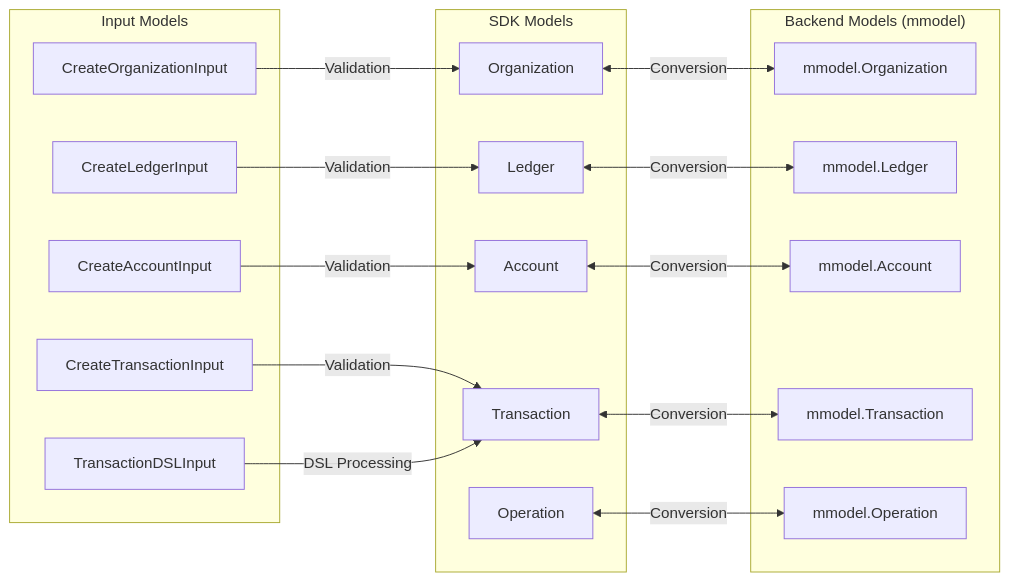
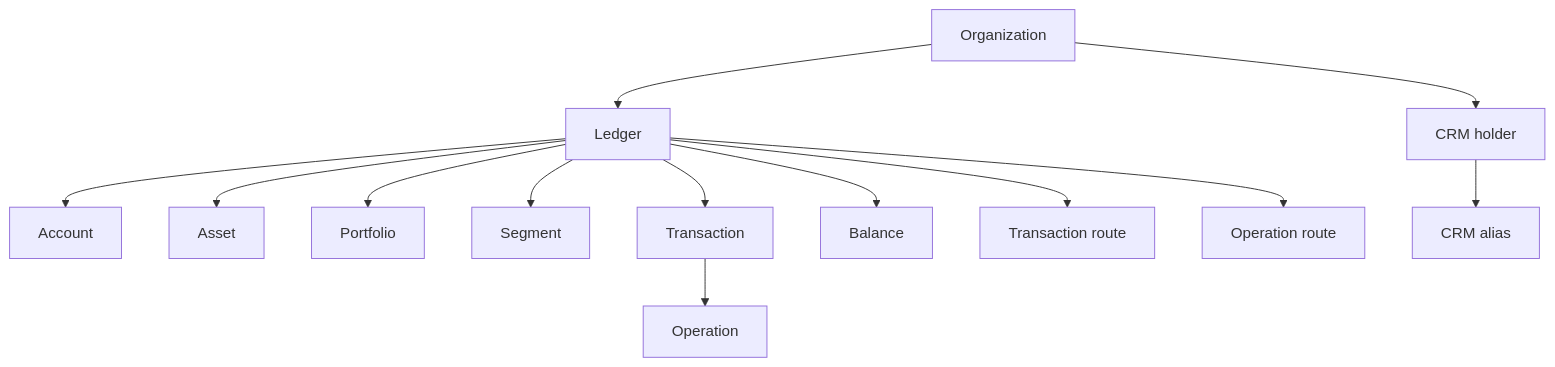
One commit to LerianStudio/midaz-sdk-golang changed the second of 3 diagrams in docs/comprehensive-architecture.md. Above: the diagram before and after it, drawn with Mermaid. The commit also changed other lines of this file and 25 other files, not shown here.

````diff
--- a/docs/comprehensive-architecture.md
+++ b/docs/comprehensive-architecture.md
@@ -420,38 +251,15 @@
 ```mermaid
-graph LR
-    subgraph "Input Models"
-        CREATE_ORG[CreateOrganizationInput]
-        CREATE_LEDGER[CreateLedgerInput]
-        CREATE_ACCOUNT[CreateAccountInput]
-        CREATE_TRANSACTION[CreateTransactionInput]
-        TRANSACTION_DSL[TransactionDSLInput]
-    end
-
-    subgraph "SDK Models"
-        ORG[Organization]
-        LEDGER[Ledger]
-        ACCOUNT[Account]
-        TRANSACTION[Transaction]
-        OPERATION[Operation]
-    end
-
-    subgraph "Backend Models (mmodel)"
-        MORG[mmodel.Organization]
-        MLEDGER[mmodel.Ledger]
-        MACCOUNT[mmodel.Account]
-        MTRANSACTION[mmodel.Transaction]
-        MOPERATION[mmodel.Operation]
-    end
-
-    CREATE_ORG -->|Validation| ORG
-    CREATE_LEDGER -->|Validation| LEDGER
-    CREATE_ACCOUNT -->|Validation| ACCOUNT
-    CREATE_TRANSACTION -->|Validation| TRANSACTION
-    TRANSACTION_DSL -->|DSL Processing| TRANSACTION
-
-    ORG <-->|Conversion| MORG
-    LEDGER <-->|Conversion| MLEDGER
-    ACCOUNT <-->|Conversion| MACCOUNT
-    TRANSACTION <-->|Conversion| MTRANSACTION
-    OPERATION <-->|Conversion| MOPERATION
+flowchart TD
+    Org[Organization] --> Ledger[Ledger]
+    Ledger --> Account[Account]
+    Ledger --> Asset[Asset]
+    Ledger --> Portfolio[Portfolio]
+    Ledger --> Segment[Segment]
+    Ledger --> Transaction[Transaction]
+    Transaction --> Operation[Operation]
+    Ledger --> Balance[Balance]
+    Ledger --> TransactionRoute[Transaction route]
+    Ledger --> OperationRoute[Operation route]
+    Org --> Holder[CRM holder]
+    Holder --> Alias[CRM alias]
 ```
````
